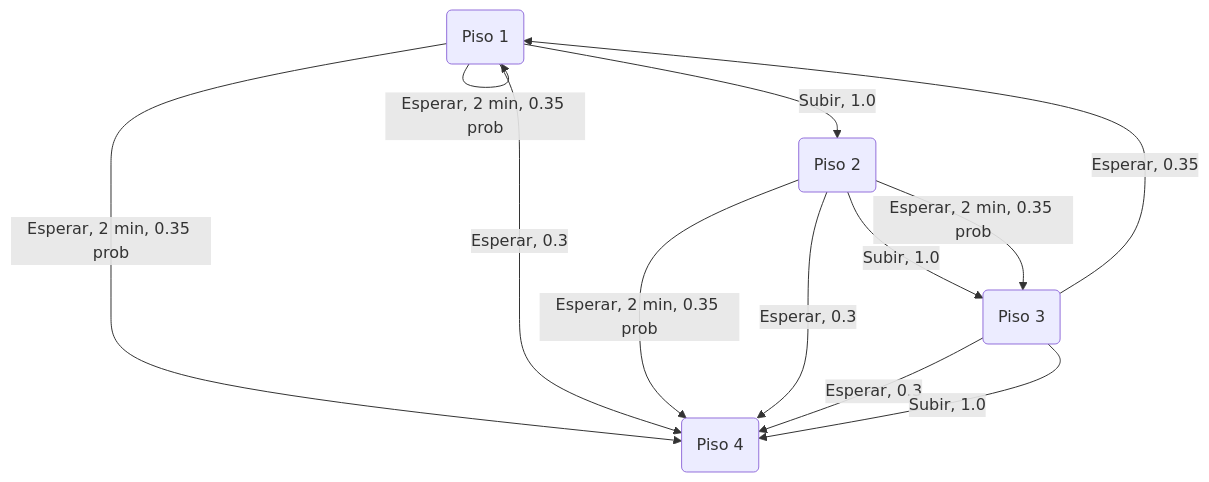
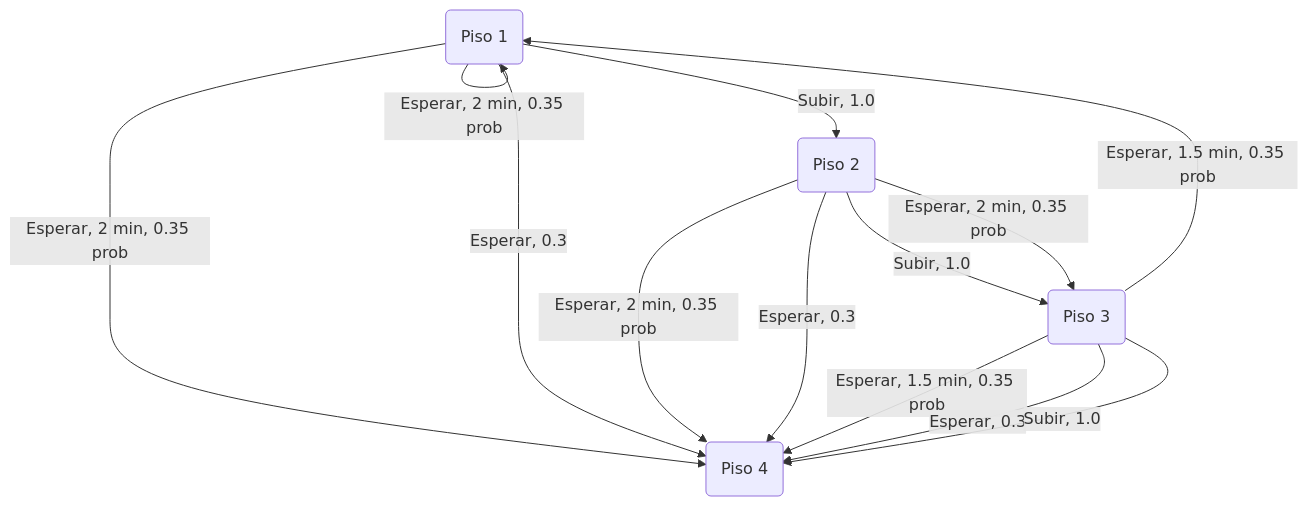
Before and after one commit to BRJoaquin/ia-obsidian: the second of 2 diagrams in Agentes inteligentes/Practico/MDP y Programación dinámica/Escaleras mágicas.md, drawn with Mermaid. The commit also changed other lines of this file, not shown here.

````diff
--- a/Agentes inteligentes/Practico/MDP y Programación dinámica/Escaleras mágicas.md
+++ b/Agentes inteligentes/Practico/MDP y Programación dinámica/Escaleras mágicas.md
@@ -89,14 +89,15 @@
 ```mermaid
 graph TD
     A(Piso 1) -->|Subir, 1.0| B(Piso 2)
     A -->|Esperar, 2 min, 0.35 prob| A
     A -->|Esperar, 2 min, 0.35 prob| D[Piso 4]
     A -->|Esperar, 0.3| D(Piso 4)
     B -->|Subir, 1.0| C(Piso 3)
     B -->|Esperar, 2 min, 0.35 prob| C
     B -->|Esperar, 2 min, 0.35 prob| D
     B -->|Esperar, 0.3| D
-    C -->|Esperar, 0.35| A
+    C -->|Esperar, 1.5 min, 0.35 prob| A
+    C -->|Esperar, 1.5 min, 0.35 prob| D
     C -->|Esperar, 0.3| D
     C -->|Subir, 1.0| D
 ```
````
